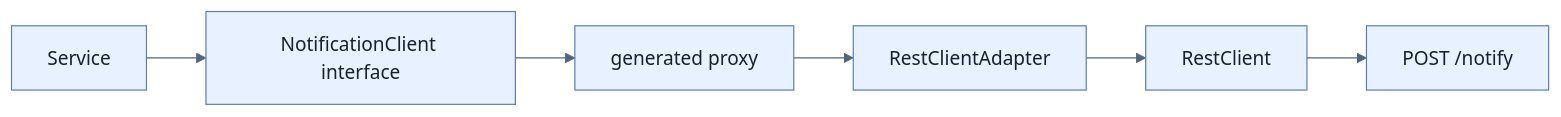
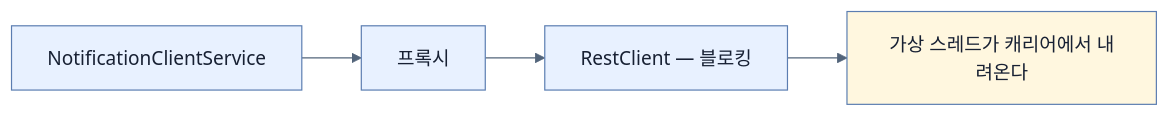
Before and after one commit to sing-u8/Learning_Spring_Boot_4: the second of 3 diagrams in spring-boot-4-pdf-notes/part-4-scaling-an-application-with-spring-boot/chapter-11-virtual-threads-in-java-and-spring-boot/05-using-interface-proxy-http-service-clients.md, drawn with Mermaid. The commit also changed other lines of this file and 253 other files, not shown here.

````diff
--- a/spring-boot-4-pdf-notes/part-4-scaling-an-application-with-spring-boot/chapter-11-virtual-threads-in-java-and-spring-boot/05-using-interface-proxy-http-service-clients.md
+++ b/spring-boot-4-pdf-notes/part-4-scaling-an-application-with-spring-boot/chapter-11-virtual-threads-in-java-and-spring-boot/05-using-interface-proxy-http-service-clients.md
@@ -44,9 +160,8 @@
 ```mermaid
 %%{init: {'theme': 'base', 'themeVariables': {'background': '#ffffff', 'primaryColor': '#e8f1ff', 'primaryTextColor': '#172033', 'primaryBorderColor': '#5b7db1', 'lineColor': '#52647a', 'secondaryColor': '#f7fbff', 'tertiaryColor': '#fff7df'}}}%%
 flowchart LR
-    S[Service] --> I[NotificationClient interface]
-    I --> P[generated proxy]
-    P --> A[RestClientAdapter]
-    A --> R[RestClient]
-    R --> H[POST /notify]
+    S["NotificationClientService"] --> P["프록시"]
+    P --> R["RestClient — 블로킹"]
+    R --> V["가상 스레드가 캐리어에서 내려온다"]
+    style V fill:#fff7df
 ```
````
